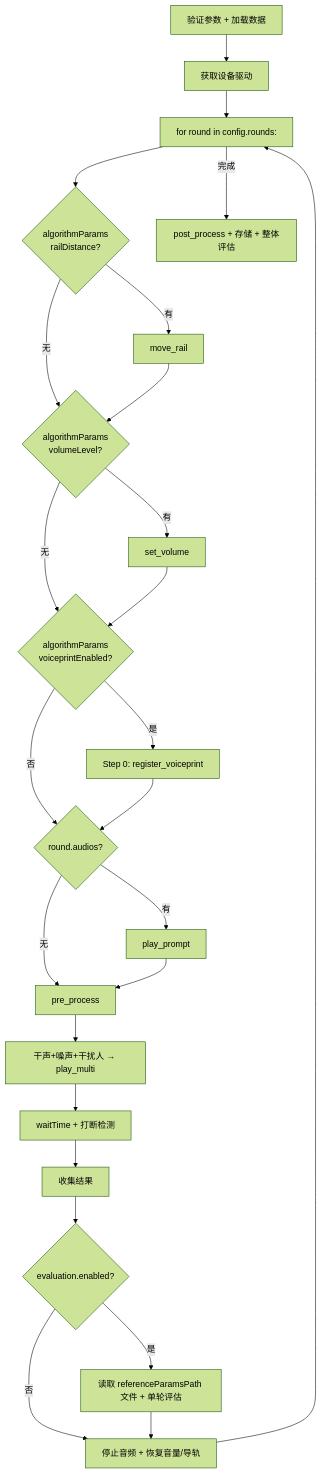
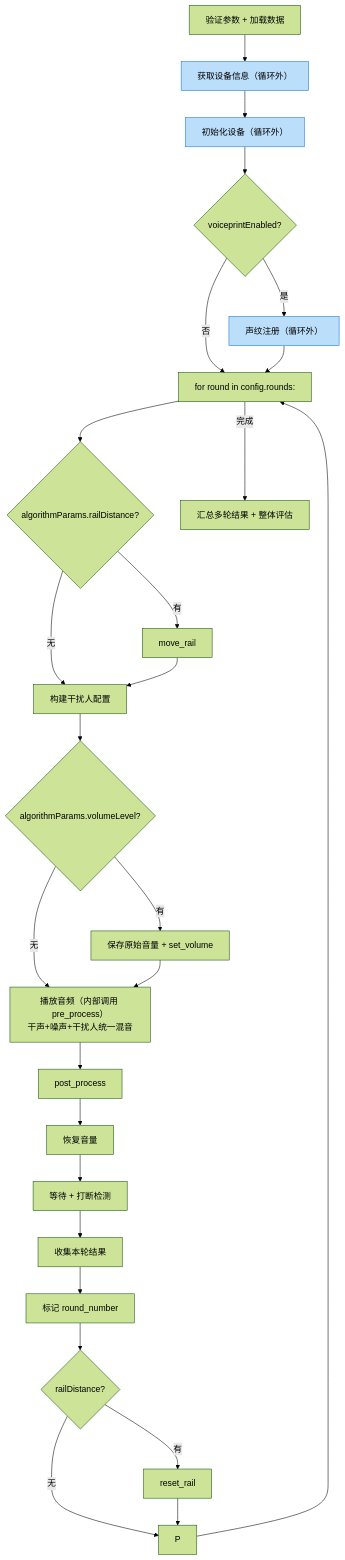
The diagram in Intelligent-Audio-TEST/doc/voice_llm/04_执行测试/backend/17_e2e_executor多轮循环.md (ydz-auto/intelligent_audio_test), drawn with Mermaid (forest theme) before and after one commit. The commit also changed other lines of this file and 244 other files, not shown here.

First line of the commit message:
feat: voice-llm multi-round support & backend restructure

````diff
--- a/Intelligent-Audio-TEST/doc/voice_llm/04_执行测试/backend/17_e2e_executor多轮循环.md
+++ b/Intelligent-Audio-TEST/doc/voice_llm/04_执行测试/backend/17_e2e_executor多轮循环.md
@@ -21,38 +22,41 @@
 ```mermaid
 graph TD
-    A[验证参数 + 加载数据] --> B[获取设备驱动]
-    B --> C["for round in config.rounds:"]
-    
-    C --> D{"algorithmParams<br/>railDistance?"}
-    D -->|有| D1[move_rail]
-    D -->|无| E
+    A["验证参数 + 加载数据"] --> B["获取设备信息（循环外）"]
+    B --> C["初始化设备（循环外）"]
+    C --> D{"voiceprintEnabled?"}
+    D -->|是| D1["声纹注册（循环外）"]
+    D -->|否| E
     D1 --> E
-    
-    E{"algorithmParams<br/>volumeLevel?"}
-    E -->|有| E1[set_volume]
-    E -->|无| F
-    E1 --> F
-    
-    F{"algorithmParams<br/>voiceprintEnabled?"}
-    F -->|是| F1["Step 0: register_voiceprint"]
-    F -->|否| G
+
+    E["for round in config.rounds:"]
+
+    E --> F{"algorithmParams.railDistance?"}
+    F -->|有| F1["move_rail"]
+    F -->|无| G
     F1 --> G
-    
-    G{round.audios?}
-    G -->|有| G1[play_prompt]
-    G -->|无| H
-    G1 --> H
-    
-    H[pre_process]
-    H --> I[干声+噪声+干扰人 → play_multi]
-    I --> J[waitTime + 打断检测]
-    J --> K[收集结果]
-    K --> L{evaluation.enabled?}
-    L -->|是| L1["读取 referenceParamsPath 文件 + 单轮评估"]
-    L -->|否| M
-    L1 --> M
-    M[停止音频 + 恢复音量/导轨]
-    M --> C
-    
-    C -->|完成| Q[post_process + 存储 + 整体评估]
+
+    G["构建干扰人配置"]
+
+    G --> H{"algorithmParams.volumeLevel?"}
+    H -->|有| H1["保存原始音量 + set_volume"]
+    H -->|无| I
+    H1 --> I
+
+    I["播放音频（内部调用 pre_process）<br/>干声+噪声+干扰人统一混音"]
+    I --> J["post_process"]
+    J --> K["恢复音量"]
+    K --> L["等待 + 打断检测"]
+    L --> M["收集本轮结果"]
+    M --> N["标记 round_number"]
+    N --> O{"railDistance?"}
+    O -->|有| O1["reset_rail"]
+    O -->|无| P
+    O1 --> P
+    P --> E
+
+    E -->|完成| Q["汇总多轮结果 + 整体评估"]
+
+    style B fill:#bbdefb,stroke:#1976d2
+    style C fill:#bbdefb,stroke:#1976d2
+    style D1 fill:#bbdefb,stroke:#1976d2
 ```
````
